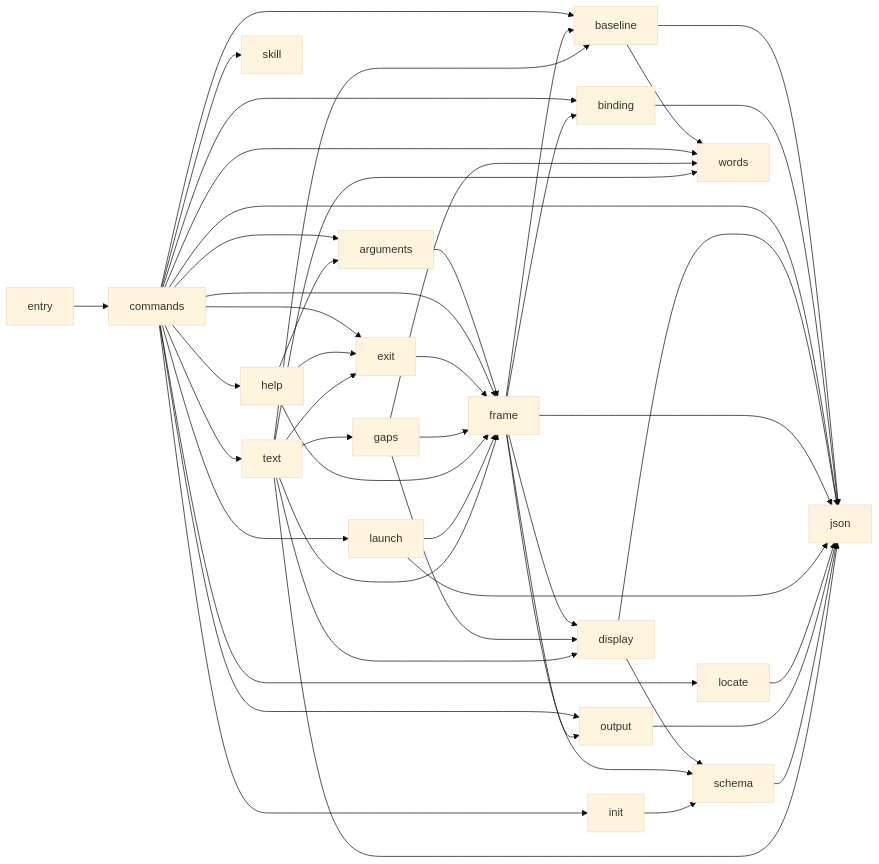
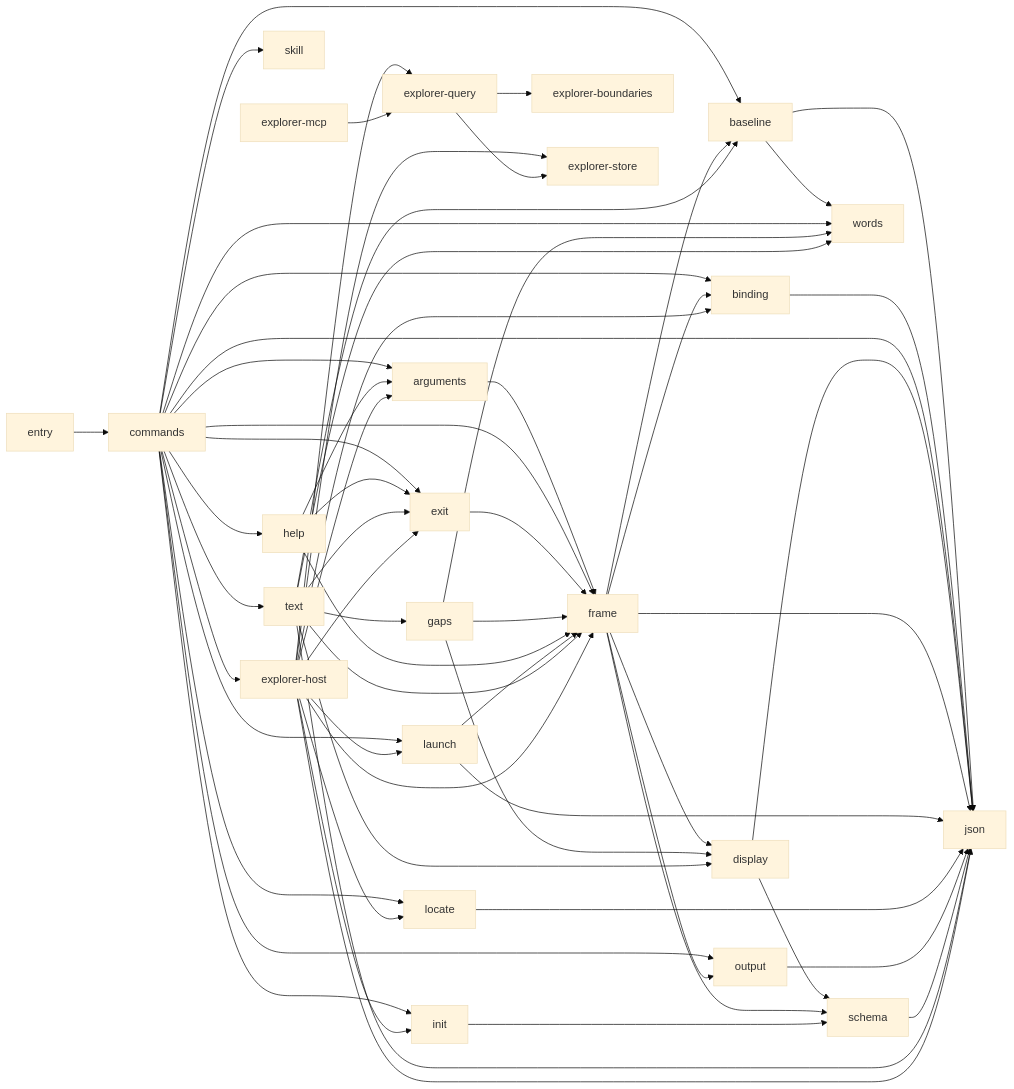
Before and after one commit to rapiddweller/archkeel: the diagram in docs/architecture/shell.md, drawn with Mermaid (base theme). The commit also changed other lines of this file and 47 other files, not shown here.

Commit message:
Add a local architecture whiteboard and shared Explorer queries

````diff
--- a/docs/architecture/shell.md
+++ b/docs/architecture/shell.md
@@ -73,6 +73,11 @@
     n_16["skill"]
     n_17["text"]
     n_18["words"]
+    n_19["explorer-boundaries"]
+    n_20["explorer-host"]
+    n_21["explorer-mcp"]
+    n_22["explorer-query"]
+    n_23["explorer-store"]
     n_0 --> n_7
     n_1 --> n_11
     n_1 --> n_18
@@ -91,6 +96,7 @@
     n_3 --> n_16
     n_3 --> n_17
     n_3 --> n_18
+    n_3 --> n_20
     n_4 --> n_11
     n_4 --> n_15
     n_5 --> n_3
@@ -120,4 +126,17 @@
     n_17 --> n_8
     n_17 --> n_11
     n_17 --> n_18
+    n_20 --> n_0
+    n_20 --> n_2
+    n_20 --> n_6
+    n_20 --> n_7
+    n_20 --> n_10
+    n_20 --> n_11
+    n_20 --> n_12
+    n_20 --> n_13
+    n_20 --> n_22
+    n_20 --> n_23
+    n_21 --> n_22
+    n_22 --> n_19
+    n_22 --> n_23
 ```
````
